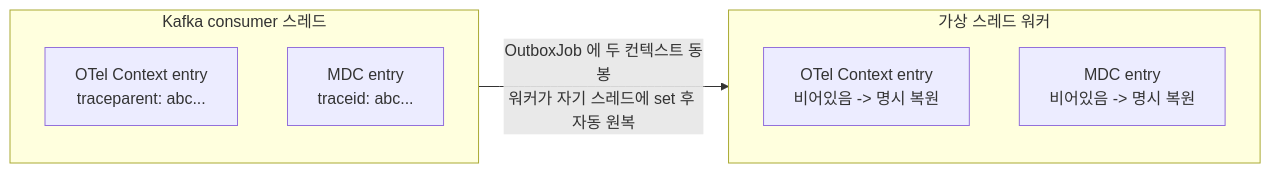
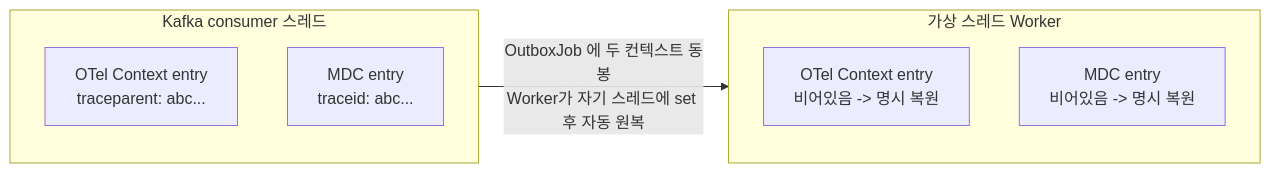
Before and after one commit to hyoguoo/payment-platform: the third of 9 diagrams in README.md, drawn with Mermaid. The commit also changed other lines of this file and 5 other files, not shown here.

````diff
--- a/README.md
+++ b/README.md
@@ -172,14 +172,14 @@
 ```mermaid
 flowchart LR
     subgraph Th1["Kafka consumer 스레드"]
         OT1[OTel Context entry<br/>traceparent: abc...]
         MD1[MDC entry<br/>traceid: abc...]
     end
 
-    subgraph Th2["가상 스레드 워커"]
+    subgraph Th2["가상 스레드 Worker"]
         OT2["OTel Context entry<br/>비어있음 -> 명시 복원"]
         MD2["MDC entry<br/>비어있음 -> 명시 복원"]
     end
 
-    Th1 -->|OutboxJob 에 두 컨텍스트 동봉<br/>워커가 자기 스레드에 set 후 자동 원복| Th2
+    Th1 -->|OutboxJob 에 두 컨텍스트 동봉<br/>Worker가 자기 스레드에 set 후 자동 원복| Th2
 ```
````
